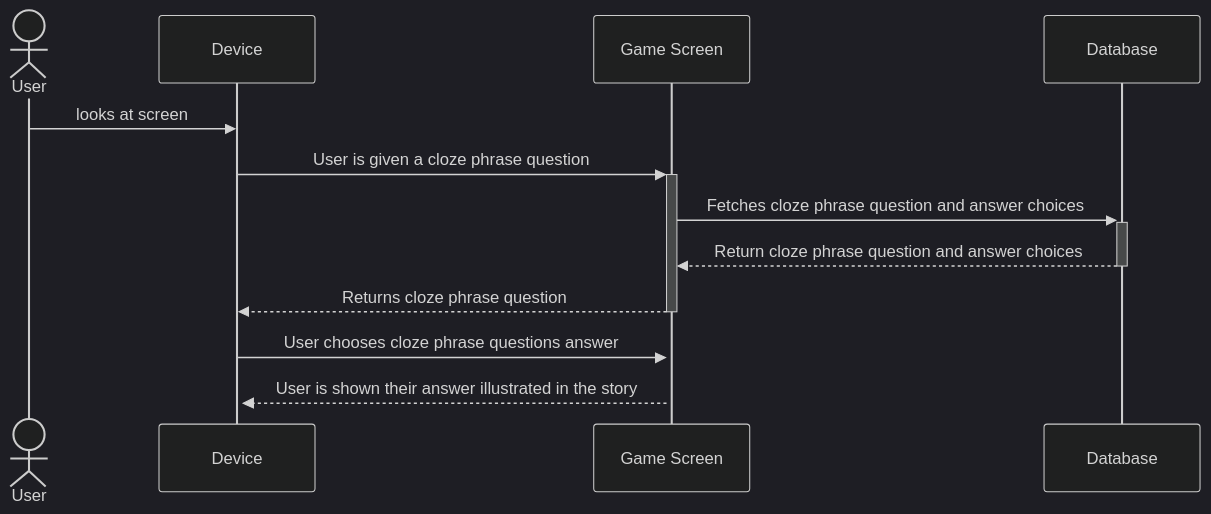
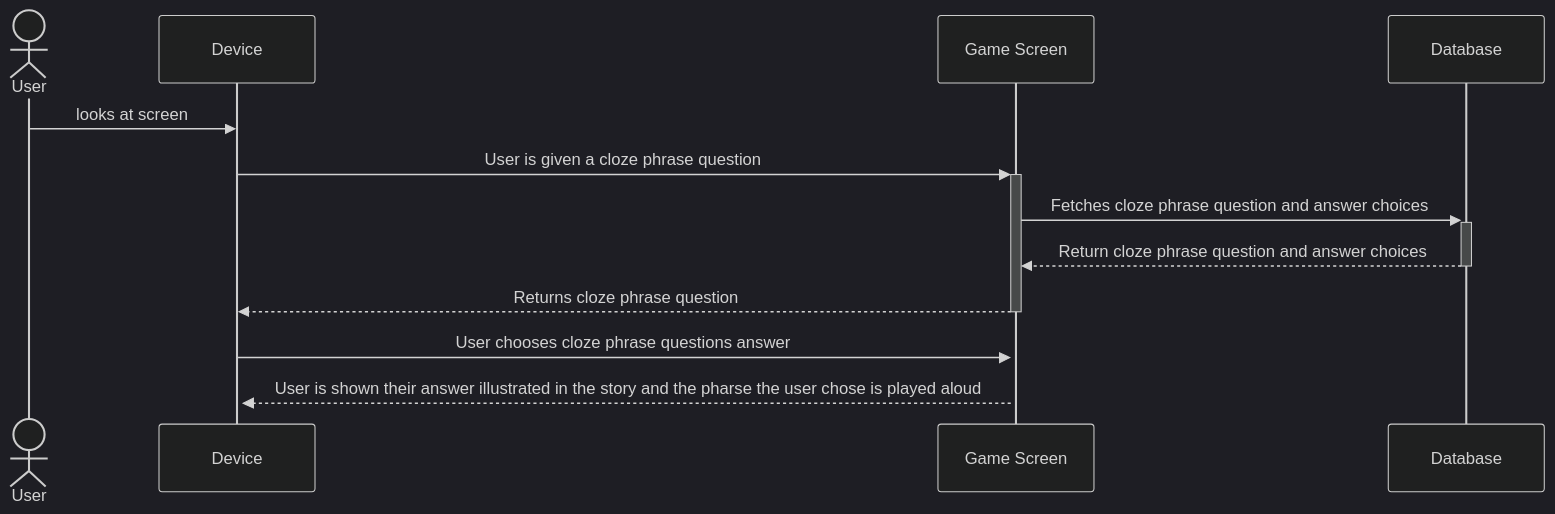
Before and after one commit to henryschoemer/project-aac-game-team-b_bugfix_team6: the fifth of 5 diagrams in documentation/docs/requirements/use-case-descriptions.md, drawn with Mermaid (dark theme). The commit also changed other lines of this file, not shown here.

````diff
--- a/documentation/docs/requirements/use-case-descriptions.md
+++ b/documentation/docs/requirements/use-case-descriptions.md
@@ -109,22 +109,22 @@
 ```mermaid
 
 sequenceDiagram 
     actor User
     participant D as Device
     participant GR as Game Screen
     participant Database
 
 
 
 
     User ->> D: looks at screen 
     D ->>+ GR: User is given a cloze phrase question
     GR ->>+ Database: Fetches cloze phrase question and answer choices
     Database -->>- GR: Return cloze phrase question and answer choices
     GR -->>- D: Returns cloze phrase question
 
     D ->>+ GR: User chooses cloze phrase questions answer 
-    GR -->>+ D: User is shown their answer illustrated in the story
+    GR -->>+ D: User is shown their answer illustrated in the story and the pharse the user chose is played aloud 
   
 
 ```
````
